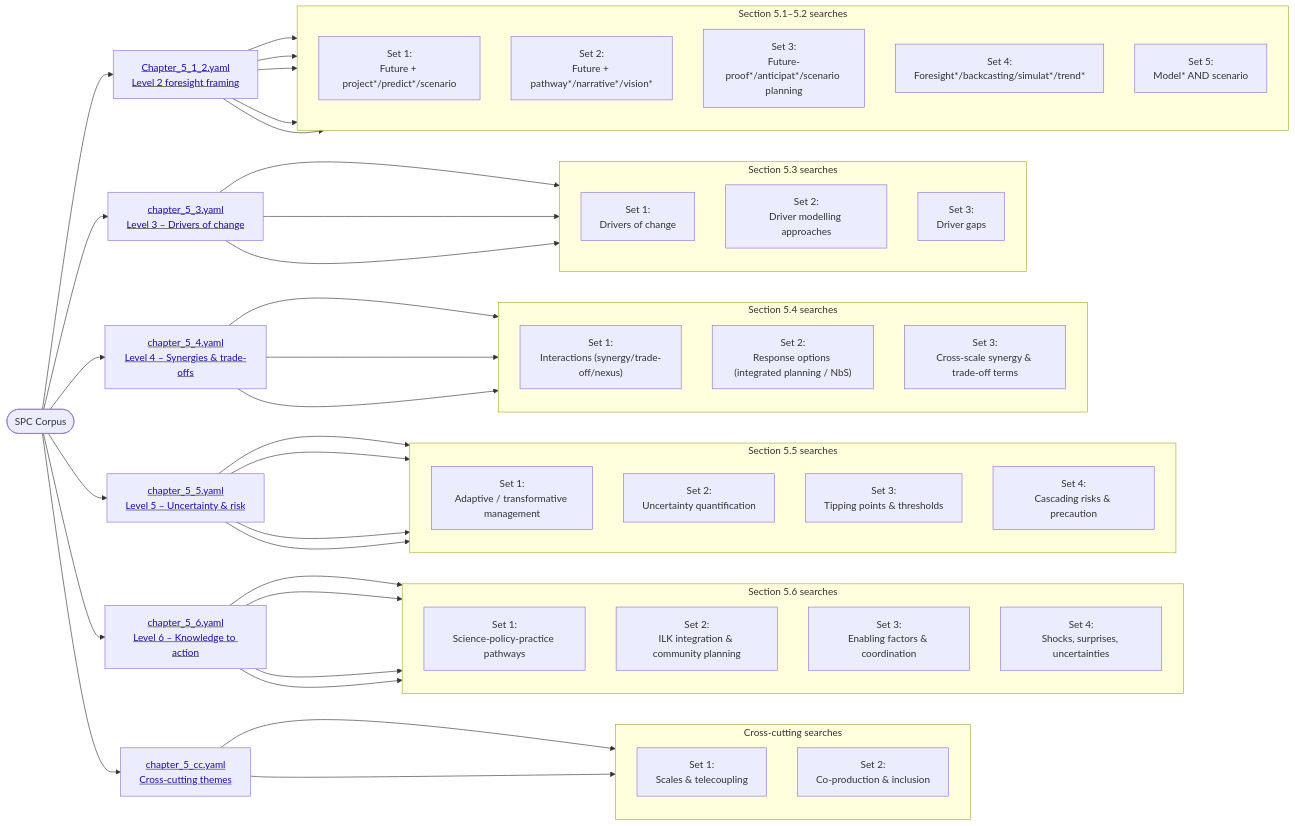
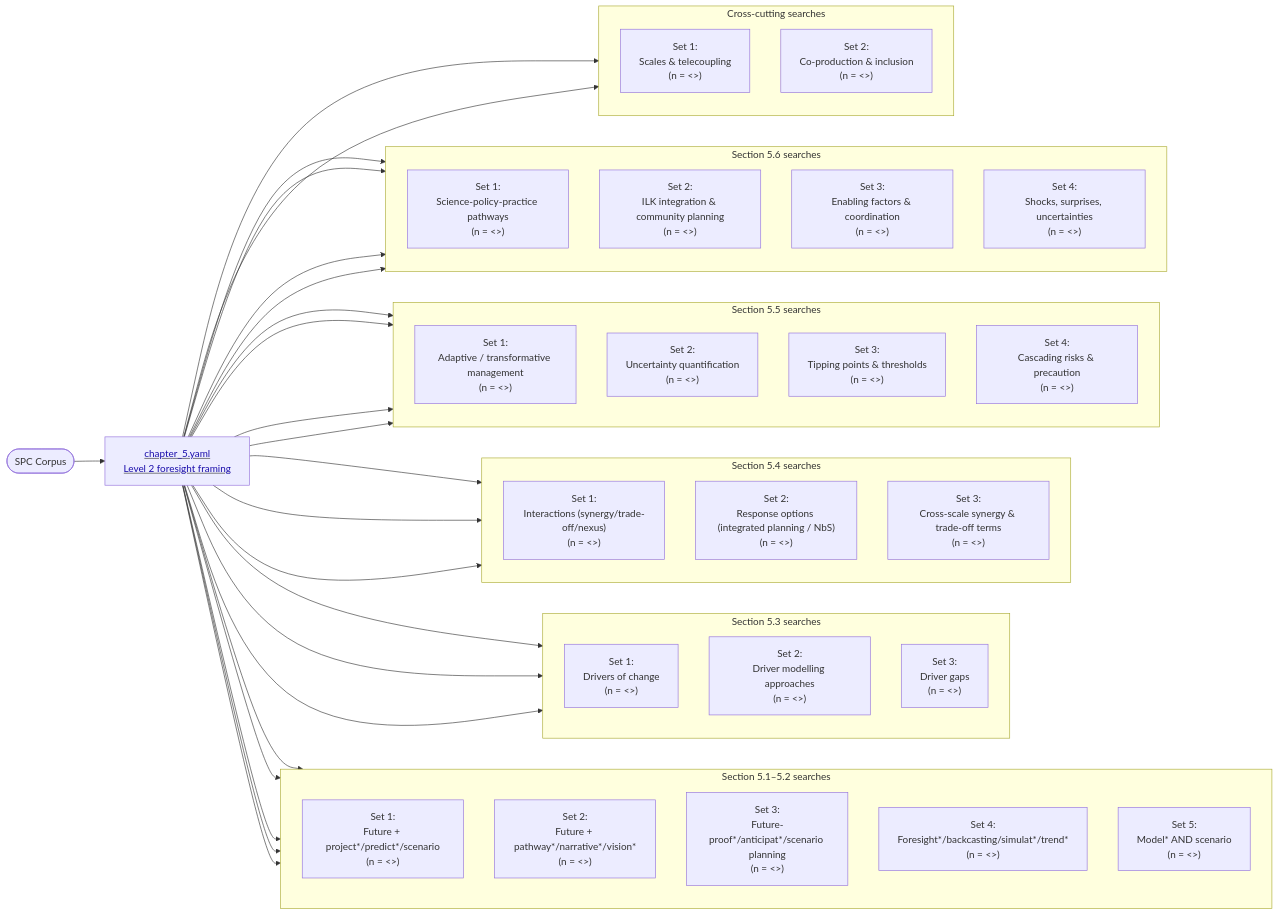
Before and after one commit to gabriellabishop/IPBES_SPC_Corpus: the diagram in figures/chapter5.mmd, drawn with Mermaid. The commit also changed 14 other files, not shown here.

Commit message:
Refinement charts and LLM Disclosure added

```diff
--- a/figures/chapter5.mmd
+++ b/figures/chapter5.mmd
@@ -1,80 +1,70 @@
 %%{init: {'flowchart': {'htmlLabels': true}}}%%
 flowchart LR
-    Start([SPC Corpus]) --> Ch5L2["<u><span style='color:#1a0dab;'>Chapter_5_1_2.yaml<br/>Level 2 foresight framing</span></u>"]
-    click Ch5L2 "./input/search_terms/Chapter_5_1_2.yaml" "Open Chapter_5_1_2.yaml"
+    Start([SPC Corpus]) --> Ch5L2["<u><span style='color:#1a0dab;'>chapter_5.yaml<br/>Level 2 foresight framing</span></u>"]
+    click Ch5L2 "./input/search_terms/chapter_5.yaml" "Open chapter_5.yaml"
 
     subgraph L2Sets["Section 5.1–5.2 searches"]
         direction TB
-        C5_1["Set 1:<br/>Future + project*/predict*/scenario"]
-        C5_2["Set 2:<br/>Future + pathway*/narrative*/vision*"]
-        C5_3["Set 3:<br/>Future-proof*/anticipat*/scenario planning"]
-        C5_4["Set 4:<br/>Foresight*/backcasting/simulat*/trend*"]
-        C5_5["Set 5:<br/>Model* AND scenario"]
+        C5_1["Set 1:<br/>Future + project*/predict*/scenario<br/>(n = <<C5_1>>)"]
+        C5_2["Set 2:<br/>Future + pathway*/narrative*/vision*<br/>(n = <<C5_2>>)"]
+        C5_3["Set 3:<br/>Future-proof*/anticipat*/scenario planning<br/>(n = <<C5_3>>)"]
+        C5_4["Set 4:<br/>Foresight*/backcasting/simulat*/trend*<br/>(n = <<C5_4>>)"]
+        C5_5["Set 5:<br/>Model* AND scenario<br/>(n = <<C5_5>>)"]
     end
     Ch5L2 --> C5_1
     Ch5L2 --> C5_2
     Ch5L2 --> C5_3
     Ch5L2 --> C5_4
     Ch5L2 --> C5_5
 
-    Start --> Ch5L3["<u><span style='color:#1a0dab;'>chapter_5_3.yaml<br/>Level 3 – Drivers of change</span></u>"]
-    click Ch5L3 "./input/search_terms/chapter_5_3.yaml" "Open chapter_5_3.yaml"
     subgraph L3Sets["Section 5.3 searches"]
         direction TB
-        C5_3a["Set 1:<br/>Drivers of change"]
-        C5_3b["Set 2:<br/>Driver modelling approaches"]
-        C5_3c["Set 3:<br/>Driver gaps"]
+        C5_3a["Set 1:<br/>Drivers of change<br/>(n = <<C5_3a>>)"]
+        C5_3b["Set 2:<br/>Driver modelling approaches<br/>(n = <<C5_3b>>)"]
+        C5_3c["Set 3:<br/>Driver gaps<br/>(n = <<C5_3c>>)"]
     end
-    Ch5L3 --> C5_3a
-    Ch5L3 --> C5_3b
-    Ch5L3 --> C5_3c
+    Ch5L2 --> C5_3a
+    Ch5L2 --> C5_3b
+    Ch5L2 --> C5_3c
 
-    Start --> Ch5L4["<u><span style='color:#1a0dab;'>chapter_5_4.yaml<br/>Level 4 – Synergies & trade-offs</span></u>"]
-    click Ch5L4 "./input/search_terms/chapter_5_4.yaml" "Open chapter_5_4.yaml"
     subgraph L4Sets["Section 5.4 searches"]
         direction TB
-        C5_4a["Set 1:<br/>Interactions (synergy/trade-off/nexus)"]
-        C5_4b["Set 2:<br/>Response options (integrated planning / NbS)"]
-        C5_4c["Set 3:<br/>Cross-scale synergy & trade-off terms"]
+        C5_4a["Set 1:<br/>Interactions (synergy/trade-off/nexus)<br/>(n = <<C5_4a>>)"]
+        C5_4b["Set 2:<br/>Response options (integrated planning / NbS)<br/>(n = <<C5_4b>>)"]
+        C5_4c["Set 3:<br/>Cross-scale synergy & trade-off terms<br/>(n = <<C5_4c>>)"]
     end
-    Ch5L4 --> C5_4a
-    Ch5L4 --> C5_4b
-    Ch5L4 --> C5_4c
+    Ch5L2 --> C5_4a
+    Ch5L2 --> C5_4b
+    Ch5L2 --> C5_4c
 
-    Start --> Ch5L5["<u><span style='color:#1a0dab;'>chapter_5_5.yaml<br/>Level 5 – Uncertainty & risk</span></u>"]
-    click Ch5L5 "./input/search_terms/chapter_5_5.yaml" "Open chapter_5_5.yaml"
     subgraph L5Sets["Section 5.5 searches"]
         direction TB
-        C5_5a["Set 1:<br/>Adaptive / transformative management"]
-        C5_5b["Set 2:<br/>Uncertainty quantification"]
-        C5_5c["Set 3:<br/>Tipping points & thresholds"]
-        C5_5d["Set 4:<br/>Cascading risks & precaution"]
+        C5_5a["Set 1:<br/>Adaptive / transformative management<br/>(n = <<C5_5a>>)"]
+        C5_5b["Set 2:<br/>Uncertainty quantification<br/>(n = <<C5_5b>>)"]
+        C5_5c["Set 3:<br/>Tipping points & thresholds<br/>(n = <<C5_5c>>)"]
+        C5_5d["Set 4:<br/>Cascading risks & precaution<br/>(n = <<C5_5d>>)"]
     end
-    Ch5L5 --> C5_5a
-    Ch5L5 --> C5_5b
-    Ch5L5 --> C5_5c
-    Ch5L5 --> C5_5d
+    Ch5L2 --> C5_5a
+    Ch5L2 --> C5_5b
+    Ch5L2 --> C5_5c
+    Ch5L2 --> C5_5d
 
-    Start --> Ch5L6["<u><span style='color:#1a0dab;'>chapter_5_6.yaml<br/>Level 6 – Knowledge to action</span></u>"]
-    click Ch5L6 "./input/search_terms/chapter_5_6.yaml" "Open chapter_5_6.yaml"
     subgraph L6Sets["Section 5.6 searches"]
         direction TB
-        C5_6a["Set 1:<br/>Science-policy-practice pathways"]
-        C5_6b["Set 2:<br/>ILK integration & community planning"]
-        C5_6c["Set 3:<br/>Enabling factors & coordination"]
-        C5_6d["Set 4:<br/>Shocks, surprises, uncertainties"]
+        C5_6a["Set 1:<br/>Science-policy-practice pathways<br/>(n = <<C5_6a>>)"]
+        C5_6b["Set 2:<br/>ILK integration & community planning<br/>(n = <<C5_6b>>)"]
+        C5_6c["Set 3:<br/>Enabling factors & coordination<br/>(n = <<C5_6c>>)"]
+        C5_6d["Set 4:<br/>Shocks, surprises, uncertainties<br/>(n = <<C5_6d>>)"]
     end
-    Ch5L6 --> C5_6a
-    Ch5L6 --> C5_6b
-    Ch5L6 --> C5_6c
-    Ch5L6 --> C5_6d
+    Ch5L2 --> C5_6a
+    Ch5L2 --> C5_6b
+    Ch5L2 --> C5_6c
+    Ch5L2 --> C5_6d
 
-    Start --> Ch5CC["<u><span style='color:#1a0dab;'>chapter_5_cc.yaml<br/>Cross-cutting themes</span></u>"]
-    click Ch5CC "./input/search_terms/chapter_5_cc.yaml" "Open chapter_5_cc.yaml"
     subgraph CCSets["Cross-cutting searches"]
         direction TB
-        CC1["Set 1:<br/>Scales & telecoupling"]
-        CC2["Set 2:<br/>Co-production & inclusion"]
+        CC1["Set 1:<br/>Scales & telecoupling<br/>(n = <<CC1>>)"]
+        CC2["Set 2:<br/>Co-production & inclusion<br/>(n = <<CC2>>)"]
     end
-    Ch5CC --> CC1
-    Ch5CC --> CC2
+    Ch5L2 --> CC1
+    Ch5L2 --> CC2
```
